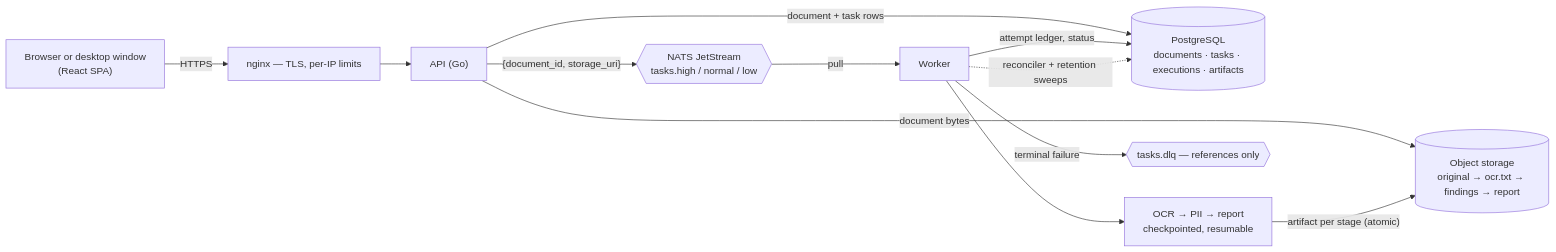
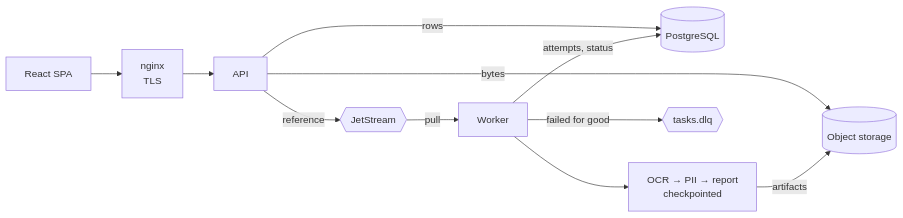
One commit to dedezza1D/taskflow changed the diagram in README.md. Above: the diagram before and after it, drawn with Mermaid.

Commit message:
docs: shorten the diagram labels
GitHub scales a mermaid diagram down to fit its pane, so the detail in the
node labels was what made it unreadable at a glance.

````diff
--- a/README.md
+++ b/README.md
@@ -60,22 +60,21 @@
 ```mermaid
 flowchart LR
-    UI["Browser or desktop window<br/>(React SPA)"]
-    NGINX["nginx — TLS, per-IP limits"]
-    API["API (Go)"]
-    OBJ[("Object storage<br/>original → ocr.txt → findings → report")]
-    PG[("PostgreSQL<br/>documents · tasks · executions · artifacts")]
-    JS{{"NATS JetStream<br/>tasks.high / normal / low"}}
+    UI["React SPA"]
+    NGINX["nginx<br/>TLS"]
+    API["API"]
+    OBJ[("Object storage")]
+    PG[("PostgreSQL")]
+    JS{{"JetStream"}}
     W["Worker"]
-    STAGES["OCR → PII → report<br/>checkpointed, resumable"]
-    DLQ{{"tasks.dlq — references only"}}
+    STAGES["OCR → PII → report<br/>checkpointed"]
+    DLQ{{"tasks.dlq"}}
 
-    UI -->|HTTPS| NGINX --> API
-    API -->|document bytes| OBJ
-    API -->|document + task rows| PG
-    API -->|"{document_id, storage_uri}"| JS
+    UI --> NGINX --> API
+    API -->|bytes| OBJ
+    API -->|rows| PG
+    API -->|reference| JS
     JS -->|pull| W --> STAGES
-    STAGES -->|"artifact per stage (atomic)"| OBJ
-    W -->|"attempt ledger, status"| PG
-    W -->|terminal failure| DLQ
-    W -.->|"reconciler + retention sweeps"| PG
+    STAGES -->|artifacts| OBJ
+    W -->|"attempts, status"| PG
+    W -->|"failed for good"| DLQ
 ```
````
